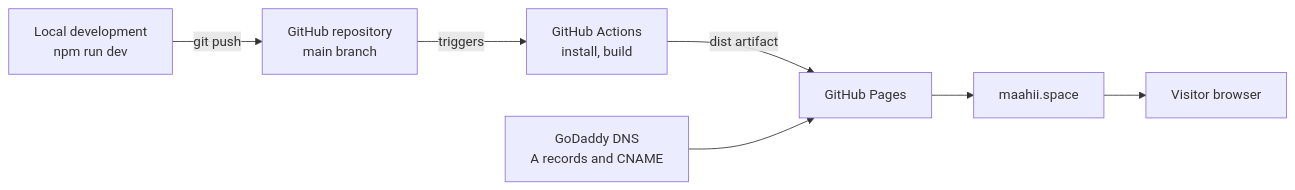
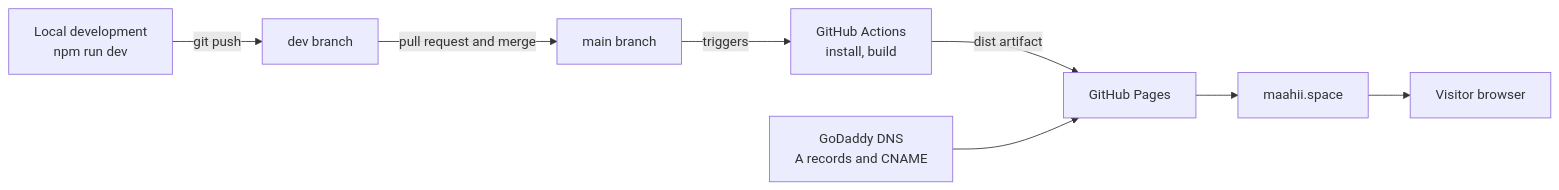
The diagram in README.md (maahii-in/maahii-in.github.io), drawn with Mermaid before and after one commit. The commit also changed other lines of this file and 1 other file, not shown here.

````diff
--- a/README.md
+++ b/README.md
@@ -113,9 +116,10 @@
 ```mermaid
 flowchart LR
-    Dev[Local development<br/>npm run dev] -->|git push| Repo[GitHub repository<br/>main branch]
-    Repo -->|triggers| CI[GitHub Actions<br/>install, build]
+    Dev[Local development<br/>npm run dev] -->|git push| DevBranch[dev branch]
+    DevBranch -->|pull request and merge| Main[main branch]
+    Main -->|triggers| CI[GitHub Actions<br/>install, build]
     CI -->|dist artifact| Pages[GitHub Pages]
     DNS[GoDaddy DNS<br/>A records and CNAME] --> Pages
     Pages --> Site[maahii.space]
     Site --> Visitor[Visitor browser]
 ```
````
